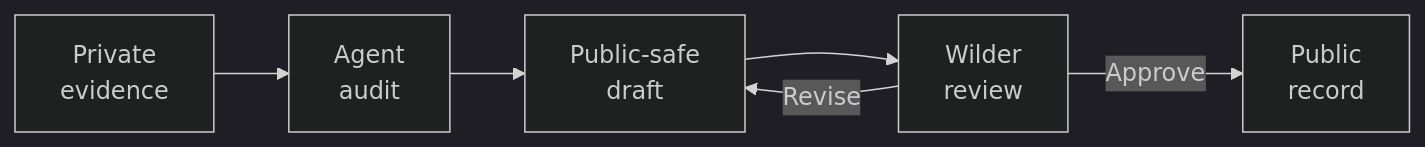
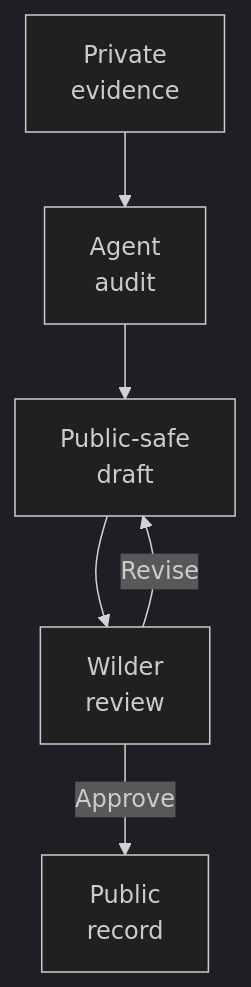
One commit to wilderruiz/millenova-project changed the second of 2 diagrams in README.md. Above: the diagram before and after it, drawn with Mermaid (dark theme). The commit also changed other lines of this file, not shown here.

````diff
--- a/README.md
+++ b/README.md
@@ -60,8 +68,8 @@
 ```mermaid
-flowchart LR
+flowchart TD
     EVIDENCE["Private<br/>evidence"] --> AUDIT["Agent<br/>audit"]
     AUDIT --> DRAFT["Public-safe<br/>draft"]
     DRAFT --> REVIEW["Wilder<br/>review"]
     REVIEW -->|Revise| DRAFT
     REVIEW -->|Approve| PUBLIC["Public<br/>record"]
 ```
````
